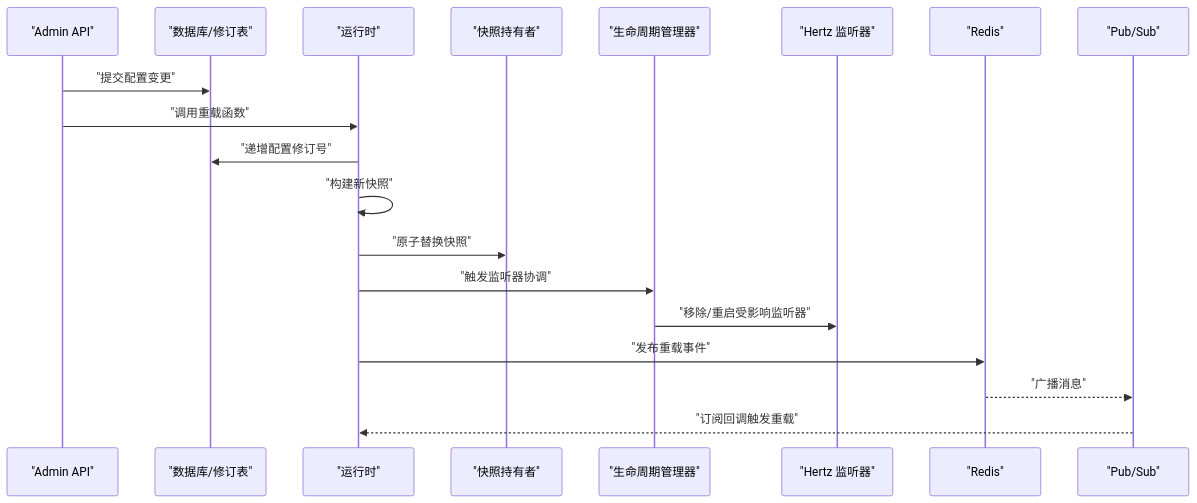
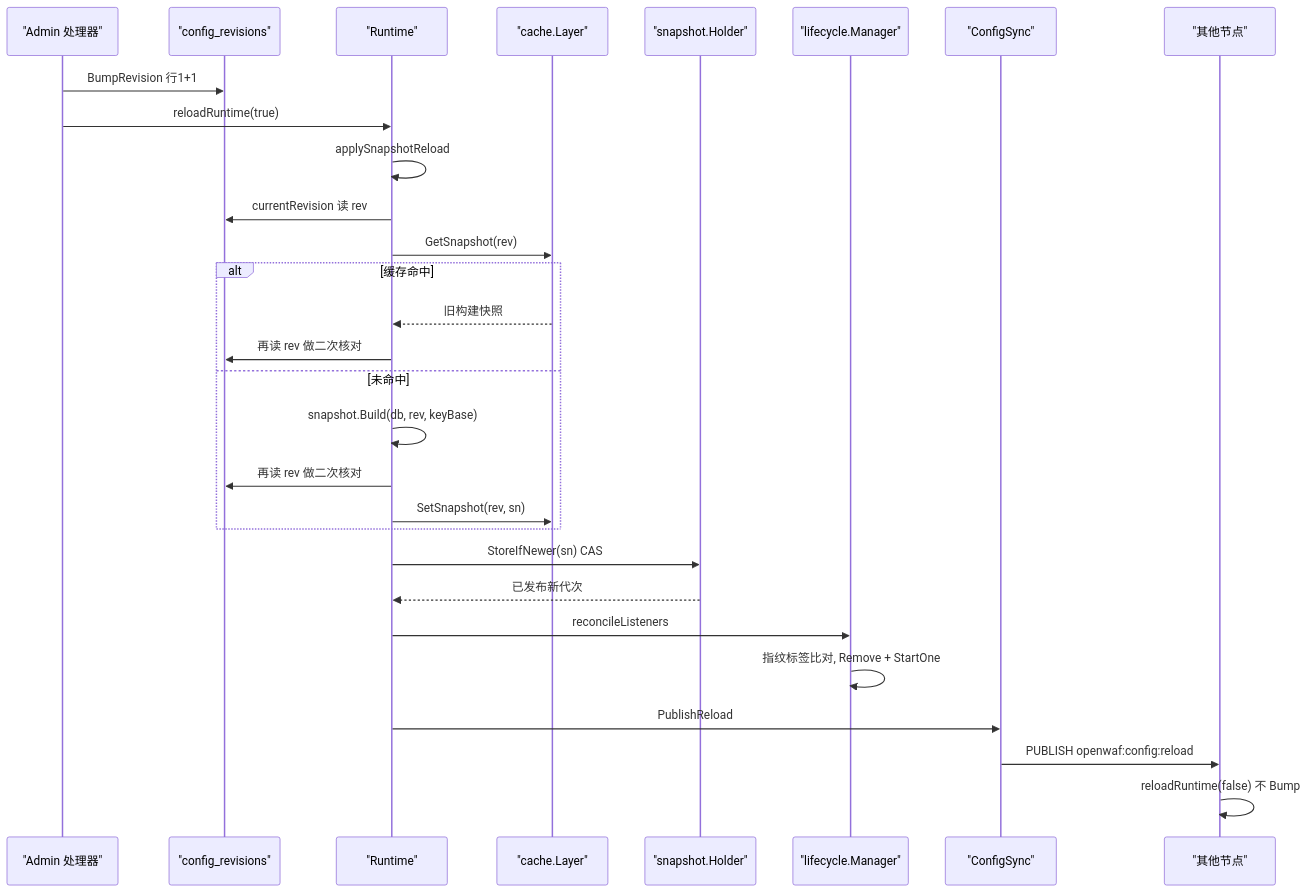
The second of 6 diagrams in docs/配置管理系统/热重载系统.md (x01n/My-OpenWaf), drawn with Mermaid before and after one commit. The commit also changed other lines of this file and 622 other files, not shown here.

````diff
--- a/docs/配置管理系统/热重载系统.md
+++ b/docs/配置管理系统/热重载系统.md
@@ -109,21 +172,31 @@
 ```mermaid
 sequenceDiagram
-participant Admin as "Admin API"
-participant Store as "数据库/修订表"
-participant RT as "运行时"
-participant Snap as "快照持有者"
-participant LM as "生命周期管理器"
-participant Hertz as "Hertz 监听器"
-participant Redis as "Redis"
-participant PubSub as "Pub/Sub"
-Admin->>Store : "提交配置变更"
-Admin->>RT : "调用重载函数"
-RT->>Store : "递增配置修订号"
-RT->>RT : "构建新快照"
-RT->>Snap : "原子替换快照"
-RT->>LM : "触发监听器协调"
-LM->>Hertz : "移除/重启受影响监听器"
-RT->>Redis : "发布重载事件"
-Redis-->>PubSub : "广播消息"
-PubSub-->>RT : "订阅回调触发重载"
+participant Admin as "Admin 处理器"
+participant Store as "config_revisions"
+participant RT as "Runtime"
+participant LC as "cache.Layer"
+participant SH as "snapshot.Holder"
+participant LM as "lifecycle.Manager"
+participant CS as "ConfigSync"
+participant Peer as "其他节点"
+Admin->>Store : BumpRevision 行1+1
+Admin->>RT : reloadRuntime(true)
+RT->>RT : applySnapshotReload
+RT->>Store : currentRevision 读 rev
+RT->>LC : GetSnapshot(rev)
+alt 缓存命中
+LC-->>RT : 旧构建快照
+RT->>Store : 再读 rev 做二次核对
+else 未命中
+RT->>RT : snapshot.Build(db, rev, keyBase)
+RT->>Store : 再读 rev 做二次核对
+RT->>LC : SetSnapshot(rev, sn)
+end
+RT->>SH : StoreIfNewer(sn) CAS
+SH-->>RT : 已发布新代次
+RT->>LM : reconcileListeners
+LM->>LM : 指纹标签比对, Remove + StartOne
+RT->>CS : PublishReload
+CS->>Peer : PUBLISH openwaf:config:reload
+Peer->>Peer : reloadRuntime(false) 不 Bump
 ```
````
